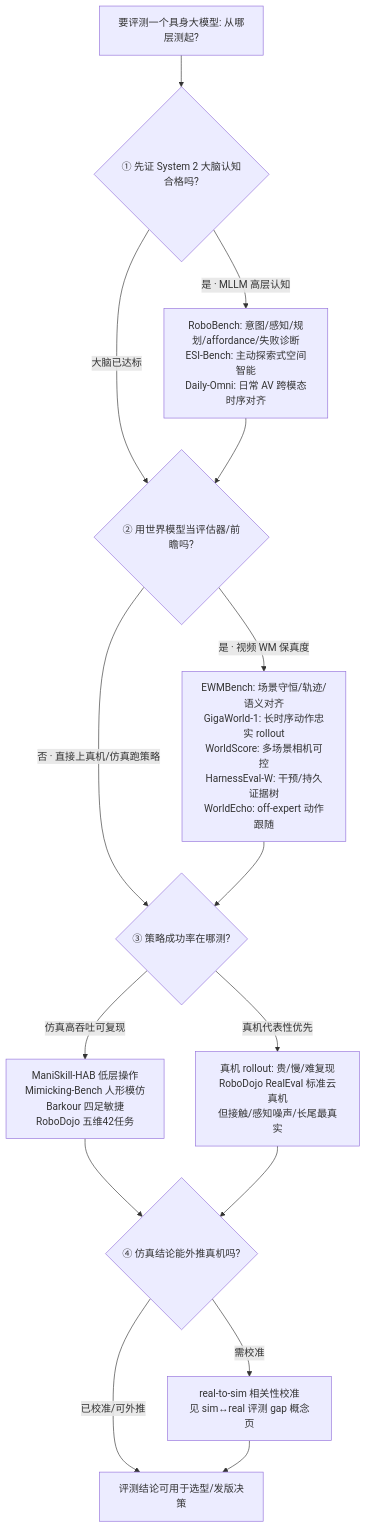
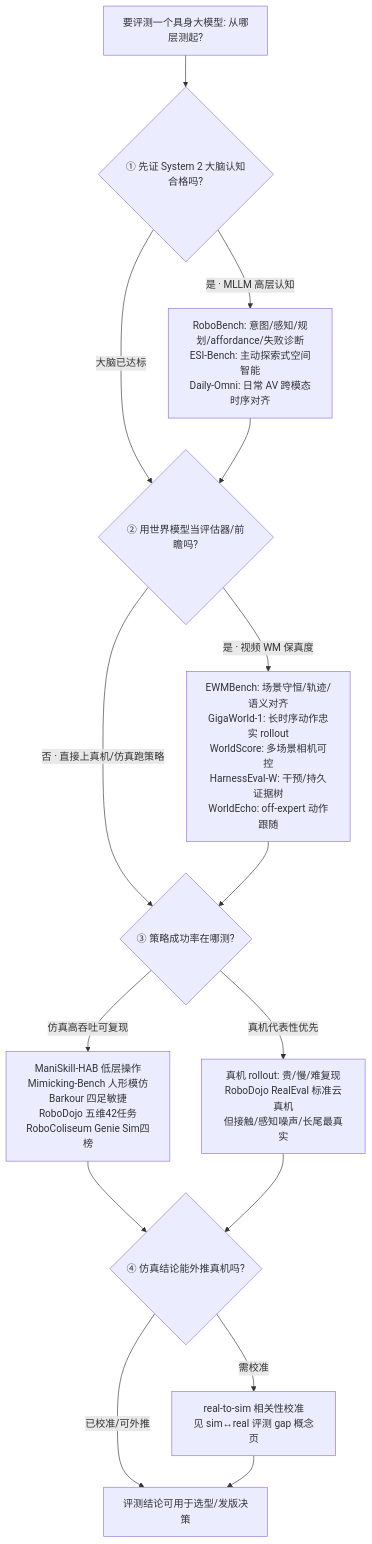
One commit to ImChong/Robotics_Notebooks changed the diagram in wiki/queries/embodied-eval-benchmark-selection-loop.md. Above: the diagram before and after it, drawn with Mermaid. The commit also changed other lines of this file and 17 other files, not shown here.

Commit message:
[2026-09-15] ingest | sources/sites/robocoliseum.md + sources/repos/genie_sim_robocoliseum.md — 接入 RoboColiseum 仿真挑战赛；新建 wiki/entities/robocoliseum.md；DM0.5 补 LeRobot/RoboDojo-Sim 权重与四榜快照

````diff
--- a/wiki/queries/embodied-eval-benchmark-selection-loop.md
+++ b/wiki/queries/embodied-eval-benchmark-selection-loop.md
@@ -95,18 +96,18 @@
 ```mermaid
 flowchart TD
   start[要评测一个具身大模型: 从哪层测起?]
   start --> l1{① 先证 System 2 大脑认知合格吗?}
   l1 -->|是 · MLLM 高层认知| brain[RoboBench: 意图/感知/规划/affordance/失败诊断<br/>ESI-Bench: 主动探索式空间智能<br/>Daily-Omni: 日常 AV 跨模态时序对齐]
   l1 -->|大脑已达标| l2
   brain --> l2{② 用世界模型当评估器/前瞻吗?}
   l2 -->|是 · 视频 WM 保真度| wm[EWMBench: 场景守恒/轨迹/语义对齐<br/>GigaWorld-1: 长时序动作忠实 rollout<br/>WorldScore: 多场景相机可控<br/>HarnessEval-W: 干预/持久证据树<br/>WorldEcho: off-expert 动作跟随]
   l2 -->|否 · 直接上真机/仿真跑策略| l3
   wm --> l3{③ 策略成功率在哪测?}
-  l3 -->|仿真高吞吐可复现| simeval[ManiSkill-HAB 低层操作<br/>Mimicking-Bench 人形模仿<br/>Barkour 四足敏捷<br/>RoboDojo 五维42任务]
+  l3 -->|仿真高吞吐可复现| simeval[ManiSkill-HAB 低层操作<br/>Mimicking-Bench 人形模仿<br/>Barkour 四足敏捷<br/>RoboDojo 五维42任务<br/>RoboColiseum Genie Sim四榜]
   l3 -->|真机代表性优先| realeval[真机 rollout: 贵/慢/难复现<br/>RoboDojo RealEval 标准云真机<br/>但接触/感知噪声/长尾最真实]
   simeval --> l4{④ 仿真结论能外推真机吗?}
   realeval --> l4
   l4 -->|需校准| gap[real-to-sim 相关性校准<br/>见 sim↔real 评测 gap 概念页]
   l4 -->|已校准/可外推| ship[评测结论可用于选型/发版决策]
   gap --> ship
 ```
````
